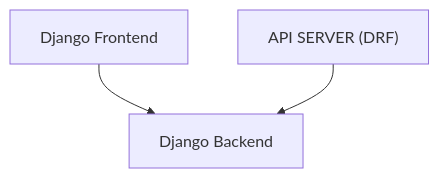
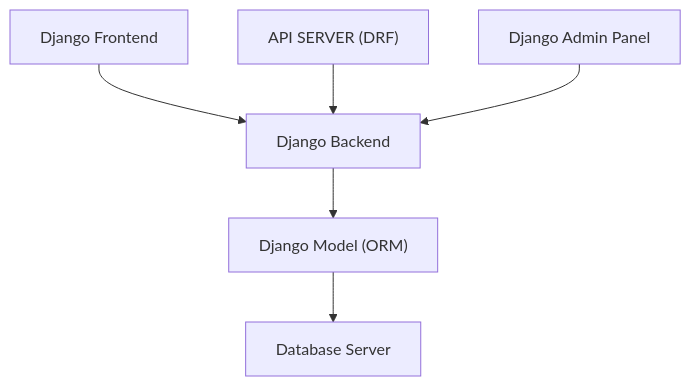
One commit to binaryloom/TaskManagementSystem changed the diagram in docs/project_archetecture.md. Above: the diagram before and after it, drawn with Mermaid.

Commit message:
Mar 3, 2024, 10:18 PM

````diff
--- a/docs/project_archetecture.md
+++ b/docs/project_archetecture.md
@@ -7,6 +7,9 @@
 ```mermaid
 graph TD;
     A["Django Frontend"] --> B["Django Backend"];
     C["API SERVER (DRF)"] --> B;
+    D["Django Admin Panel"] --> B;
+    B --> E["Django Model (ORM)"]
+    E --> F["Database Server"]
 
 ```
````
